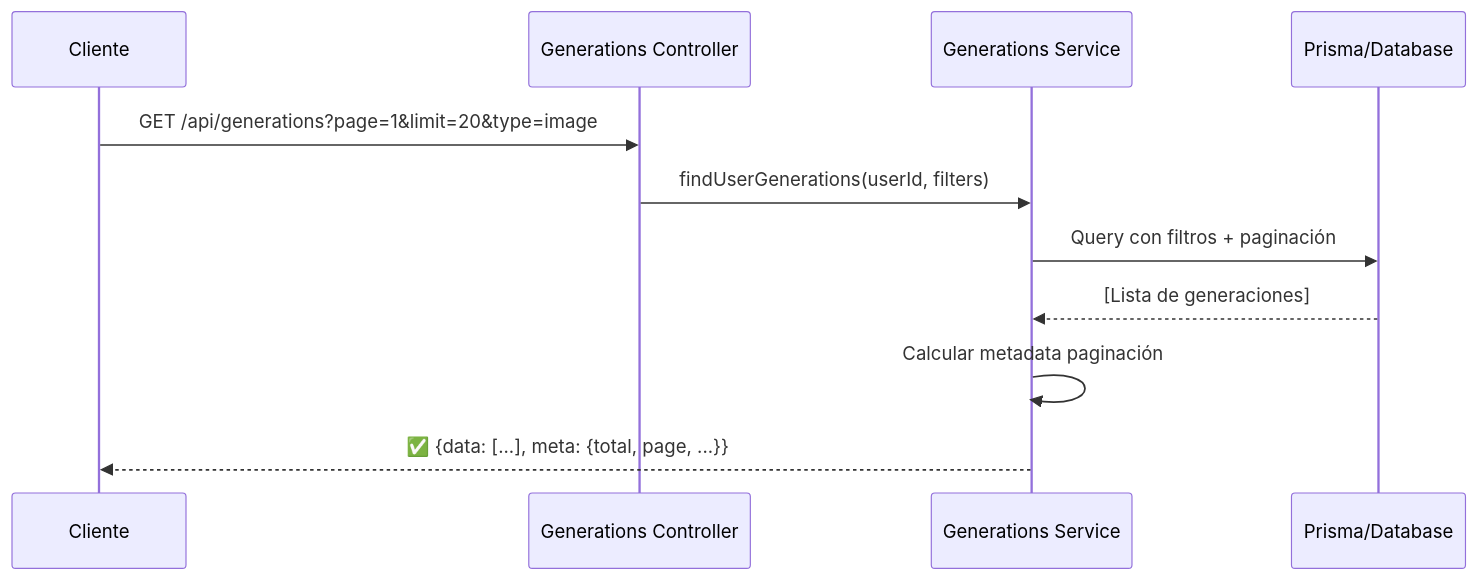
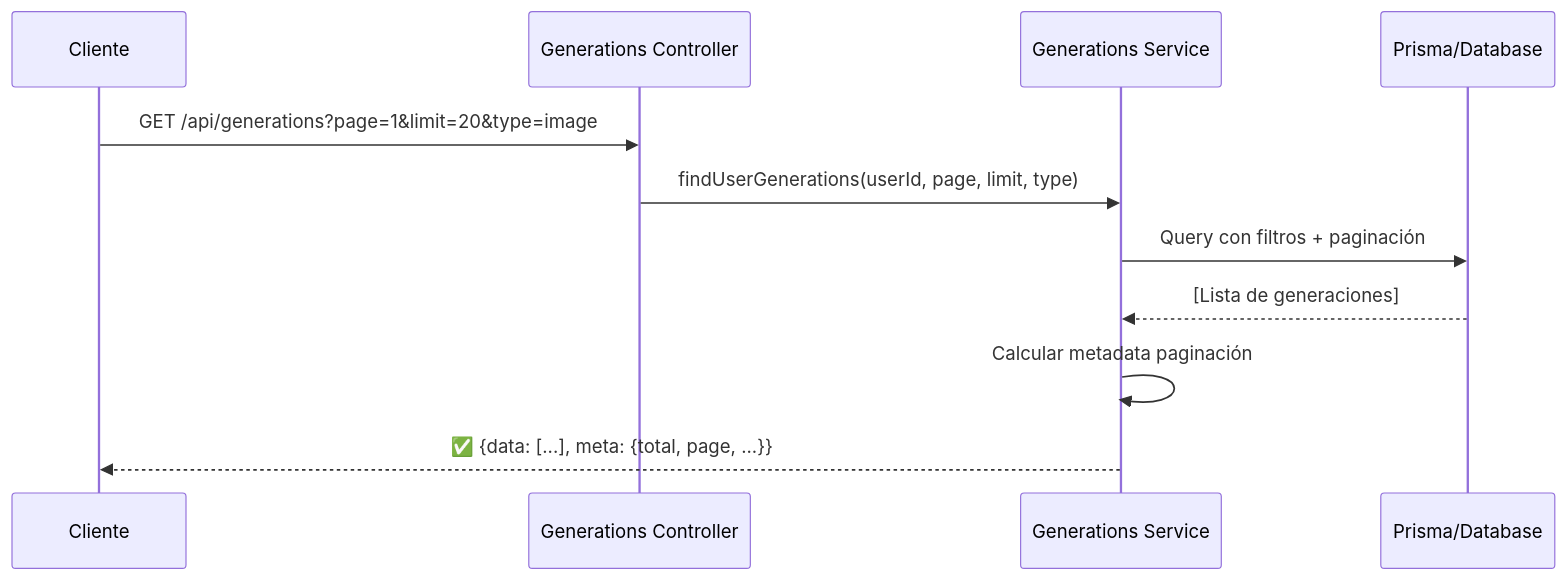
Diagram 11 of 14 in FLUJOS.md (davitpra/backend-claw-and-soul-), drawn with Mermaid before and after one commit. The commit also changed other lines of this file and 3 other files, not shown here.

Commit message:
feat(auth): update JWT strategy, guards, filters and flow documentation

````diff
--- a/FLUJOS.md
+++ b/FLUJOS.md
@@ -254,14 +347,14 @@
 ```mermaid
 sequenceDiagram
     participant C as Cliente
     participant API as Generations Controller
     participant S as Generations Service
     participant DB as Prisma/Database
 
     C->>API: GET /api/generations?page=1&limit=20&type=image
-    API->>S: findUserGenerations(userId, filters)
+    API->>S: findUserGenerations(userId, page, limit, type)
     S->>DB: Query con filtros + paginación
     DB-->>S: [Lista de generaciones]
     S->>S: Calcular metadata paginación
     S-->>C: ✅ {data: [...], meta: {total, page, ...}}
 ```
````
